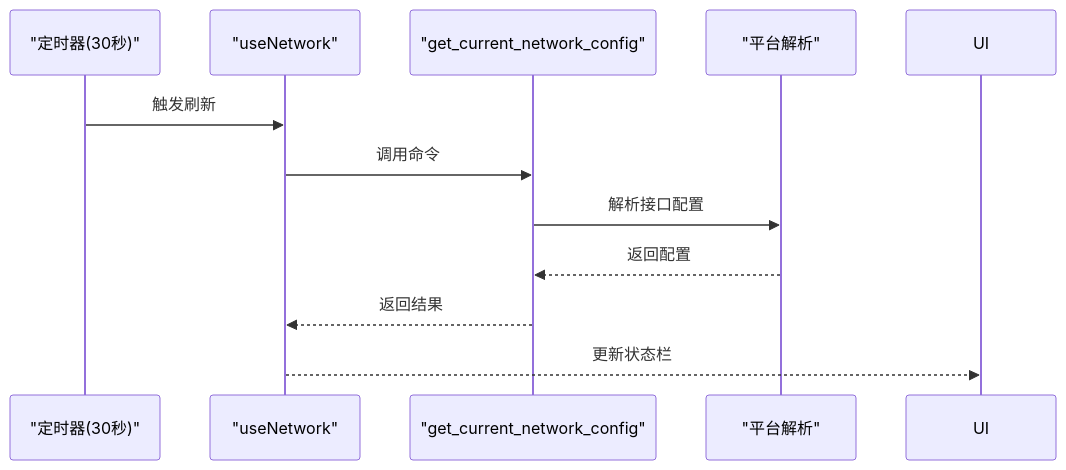
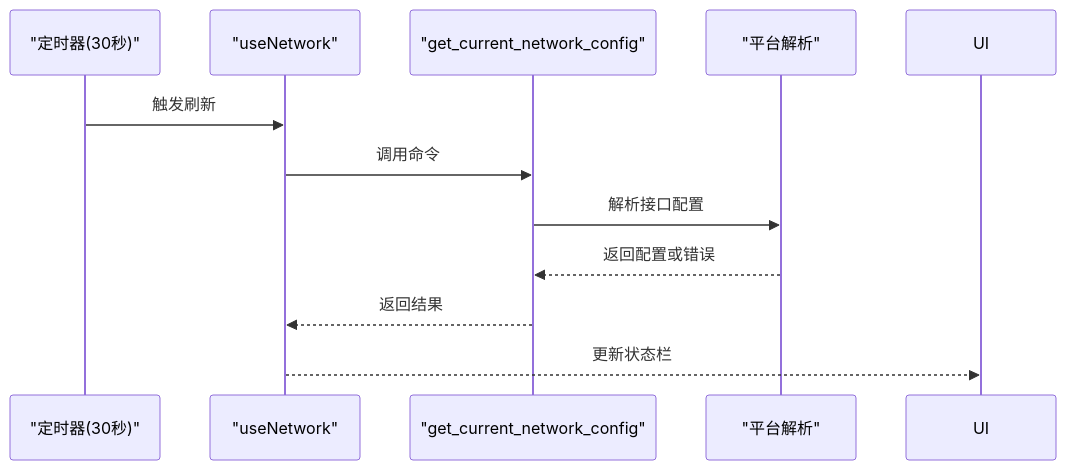
The fifth of 11 diagrams in .qoder/repowiki/zh/content/网络配置功能/网络配置功能.md (xdongliang/IPSwitcher), drawn with Mermaid before and after one commit. The commit also changed other lines of this file and 22 other files, not shown here.

````diff
--- a/.qoder/repowiki/zh/content/网络配置功能/网络配置功能.md
+++ b/.qoder/repowiki/zh/content/网络配置功能/网络配置功能.md
@@ -196,13 +243,13 @@
 ```mermaid
 sequenceDiagram
 participant Timer as "定时器(30秒)"
 participant Hooks as "useNetwork"
 participant Tauri as "get_current_network_config"
 participant Platform as "平台解析"
 Timer->>Hooks : 触发刷新
 Hooks->>Tauri : 调用命令
 Tauri->>Platform : 解析接口配置
-Platform-->>Tauri : 返回配置
+Platform-->>Tauri : 返回配置或错误
 Tauri-->>Hooks : 返回结果
 Hooks-->>UI : 更新状态栏
 ```
````
